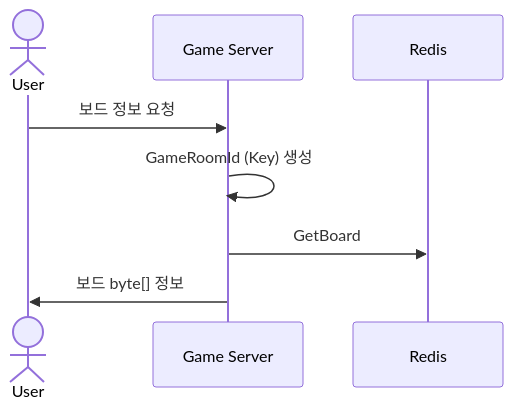
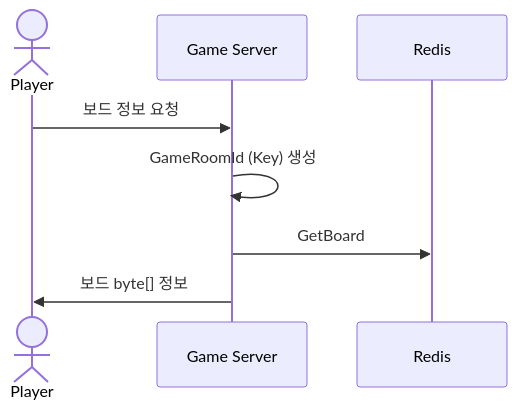
One commit to yujinS0/Omok-Game changed the third of 4 diagrams in SequenceDiagram/OmokGamePlay.md. Above: the diagram before and after it, drawn with Mermaid. The commit also changed other lines of this file, not shown here.

````diff
--- a/SequenceDiagram/OmokGamePlay.md
+++ b/SequenceDiagram/OmokGamePlay.md
@@ -72,12 +72,12 @@
 ```mermaid
 sequenceDiagram
-	actor User
+	actor Player
 	participant Game Server
   	participant Redis
 
-	User ->> Game Server: 보드 정보 요청
+	Player ->> Game Server: 보드 정보 요청
 	Game Server ->> Game Server : GameRoomId (Key) 생성
   Game Server ->> Redis : GetBoard
-  Game Server ->> User : 보드 byte[] 정보
+  Game Server ->> Player : 보드 byte[] 정보
 
 ```
````
